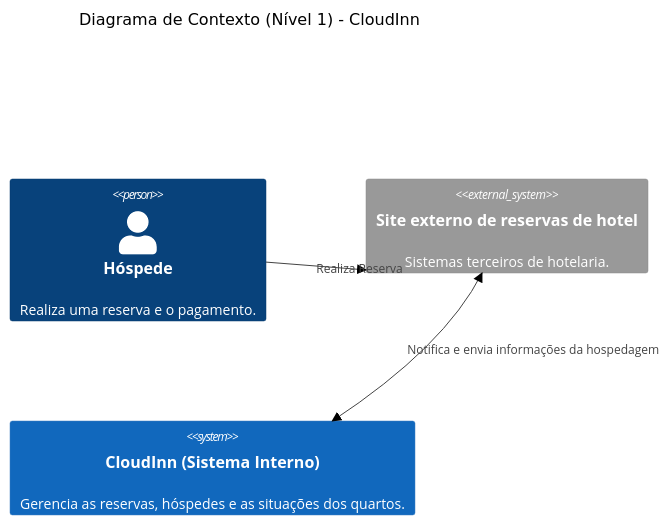
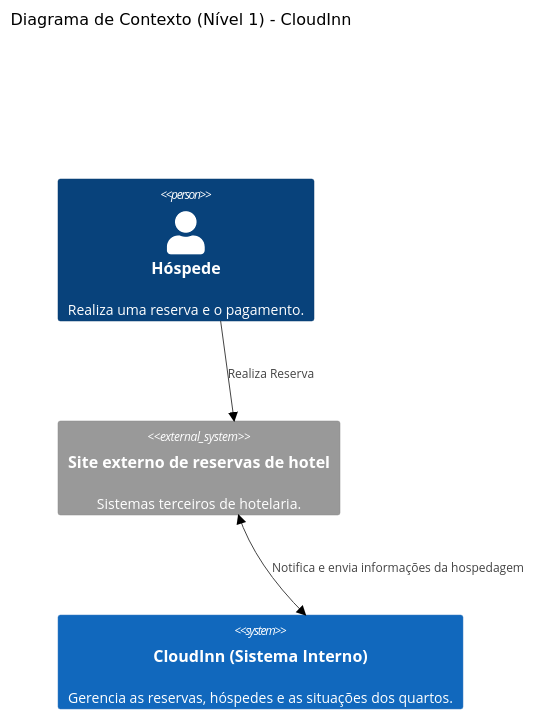
Before and after one commit to LucasAioriaSerpa/CloudInn: the first of 3 diagrams in DOC/arc42-arquitetura-sistemica.md, drawn with Mermaid (neutral theme). The commit also changed other lines of this file and 2 other files, not shown here.

Commit message:
Grupo.md & Prompt.md created

````diff
--- a/DOC/arc42-arquitetura-sistemica.md
+++ b/DOC/arc42-arquitetura-sistemica.md
@@ -79,13 +79,13 @@
 ```mermaid
 C4Context
     title Diagrama de Contexto (Nível 1) - CloudInn
 
     Person(hospede, "Hóspede", "Realiza uma reserva e o pagamento.")
     System_Ext(Sistema_parceiro, "Site externo de reservas de hotel", "Sistemas terceiros de hotelaria.")
     System(Sistema_interno_hoteleiro, "CloudInn (Sistema Interno)", "Gerencia as reservas, hóspedes e as situações dos quartos.")
 
     Rel(hospede, Sistema_parceiro, "Realiza Reserva")
     BiRel(Sistema_parceiro, Sistema_interno_hoteleiro, "Notifica e envia informações da hospedagem")
 
-    UpdateLayoutConfig($c4ShapeInRow="2", $c4BoundaryInRow="1")
+    UpdateLayoutConfig($c4ShapeInRow="1", $c4BoundaryInRow="1")
 ```
````
